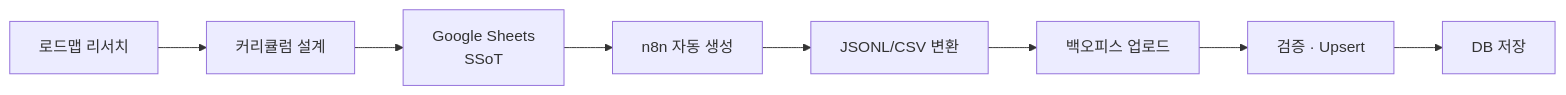
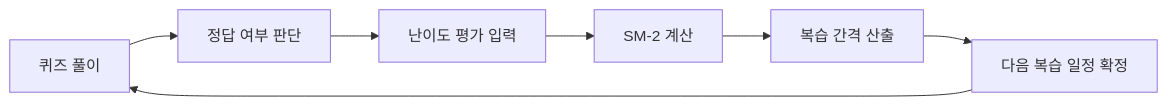
One commit to pcwadarong/web21-funda changed the diagram in README.md. Above: the diagram before and after it, drawn with Mermaid. The commit also changed other lines of this file, not shown here.

````diff
--- a/README.md
+++ b/README.md
@@ -129,10 +104,9 @@
 ```mermaid
 flowchart LR
-  A[로드맵 리서치] --> B[커리큘럼 설계]
-  B --> C[Google Sheets<br/>SSoT]
-  C --> D[n8n 자동 생성]
-  D --> E[JSONL/CSV 변환]
-  E --> F[백오피스 업로드]
-  F --> G[검증 · Upsert]
-  G --> H[DB 저장]
+  A[퀴즈 풀이] --> B[정답 여부 판단]
+  B --> C[난이도 평가 입력]
+  C --> D[SM-2 계산]
+  D --> E[복습 간격 산출]
+  E --> F[다음 복습 일정 확정]
+  F --> A
 ```
````
